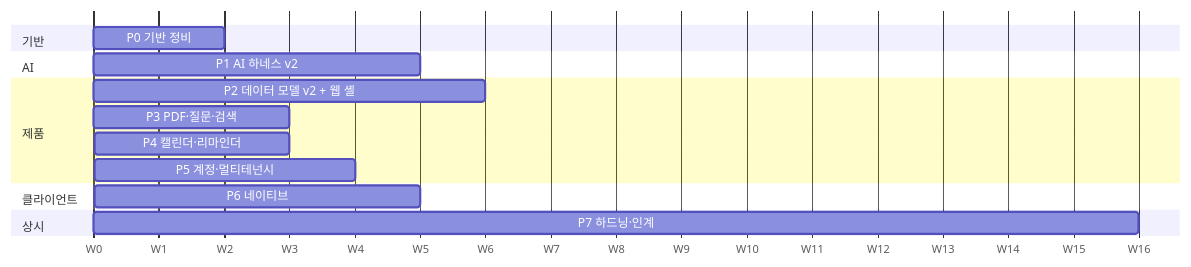
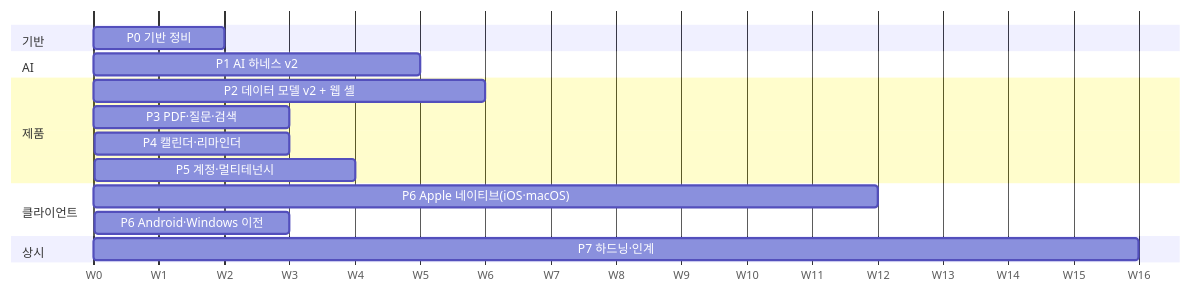
The diagram in docs/v2/ROADMAP.md (eunhhu/lectern), drawn with Mermaid before and after one commit. The commit also changed other lines of this file and 5 other files, not shown here.

````diff
--- a/docs/v2/ROADMAP.md
+++ b/docs/v2/ROADMAP.md
@@ -34,18 +35,19 @@
 ```mermaid
 gantt
   dateFormat  X
   axisFormat  W%s
   section 기반
   P0 기반 정비                 :p0, 0, 2
   section AI
   P1 AI 하네스 v2              :p1, 2, 5
   section 제품
   P2 데이터 모델 v2 + 웹 셸     :p2, 3, 6
   P3 PDF·질문·검색             :p3, 8, 3
   P4 캘린더·리마인더            :p4, 10, 3
   P5 계정·멀티테넌시            :p5, 11, 4
   section 클라이언트
-  P6 네이티브                  :p6, 12, 5
+  P6 Apple 네이티브(iOS·macOS) :p6, 4, 12
+  P6 Android·Windows 이전      :p6b, 13, 3
   section 상시
   P7 하드닝·인계                :p7, 2, 16
 ```
````
